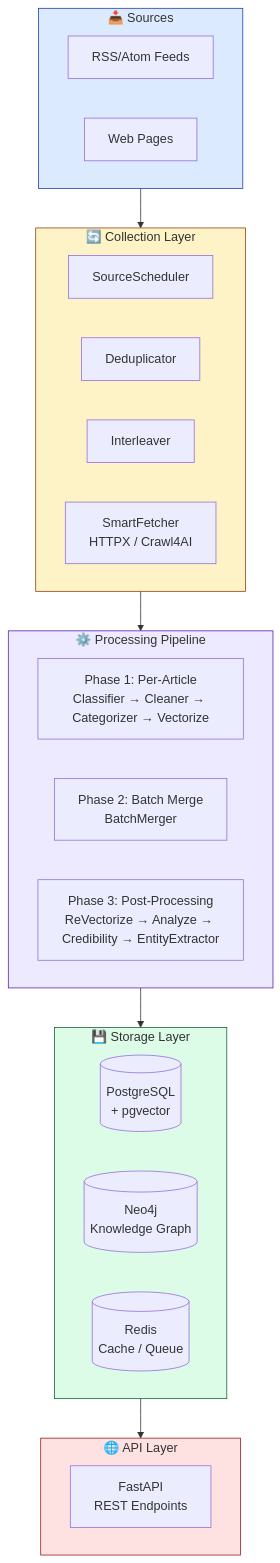
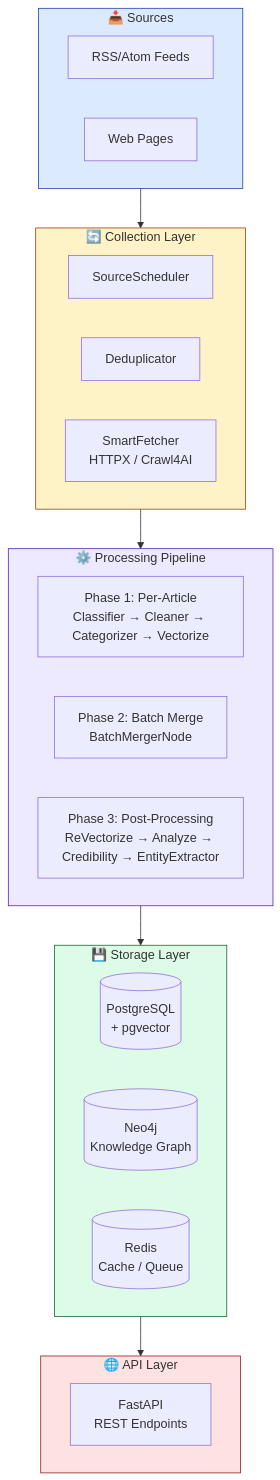
One commit to Kirky-X/weaver changed the first of 2 diagrams in README_EN.md. Above: the diagram before and after it, drawn with Mermaid. The commit also changed other lines of this file and 3 other files, not shown here.

````diff
--- a/README_EN.md
+++ b/README_EN.md
@@ -615,41 +613,40 @@
 ```mermaid
 graph TB
     subgraph Sources ["📥 Sources"]
         A[RSS/Atom Feeds]
         B[Web Pages]
     end
 
     subgraph Collector ["🔄 Collection Layer"]
         C[SourceScheduler]
         D[Deduplicator]
-        E[Interleaver]
         F[SmartFetcher<br/>HTTPX / Crawl4AI]
     end
 
     subgraph Pipeline ["⚙️ Processing Pipeline"]
         G[Phase 1: Per-Article<br/>Classifier → Cleaner → Categorizer → Vectorize]
-        H[Phase 2: Batch Merge<br/>BatchMerger]
+        H[Phase 2: Batch Merge<br/>BatchMergerNode]
         I[Phase 3: Post-Processing<br/>ReVectorize → Analyze → Credibility → EntityExtractor]
     end
 
     subgraph Storage ["💾 Storage Layer"]
         J[(PostgreSQL<br/>+ pgvector)]
         K[(Neo4j<br/>Knowledge Graph)]
         L[(Redis<br/>Cache / Queue)]
     end
 
     subgraph API ["🌐 API Layer"]
         M[FastAPI<br/>REST Endpoints]
     end
 
     Sources --> Collector
     Collector --> Pipeline
     Pipeline --> Storage
     Storage --> API
 
     style Sources fill:#DBEAFE,stroke:#1E40AF
     style Collector fill:#FEF3C7,stroke:#92400E
     style Pipeline fill:#EDE9FE,stroke:#5B21B6
     style Storage fill:#DCFCE7,stroke:#166534
     style API fill:#FEE2E2,stroke:#991B1B
 ```
````
